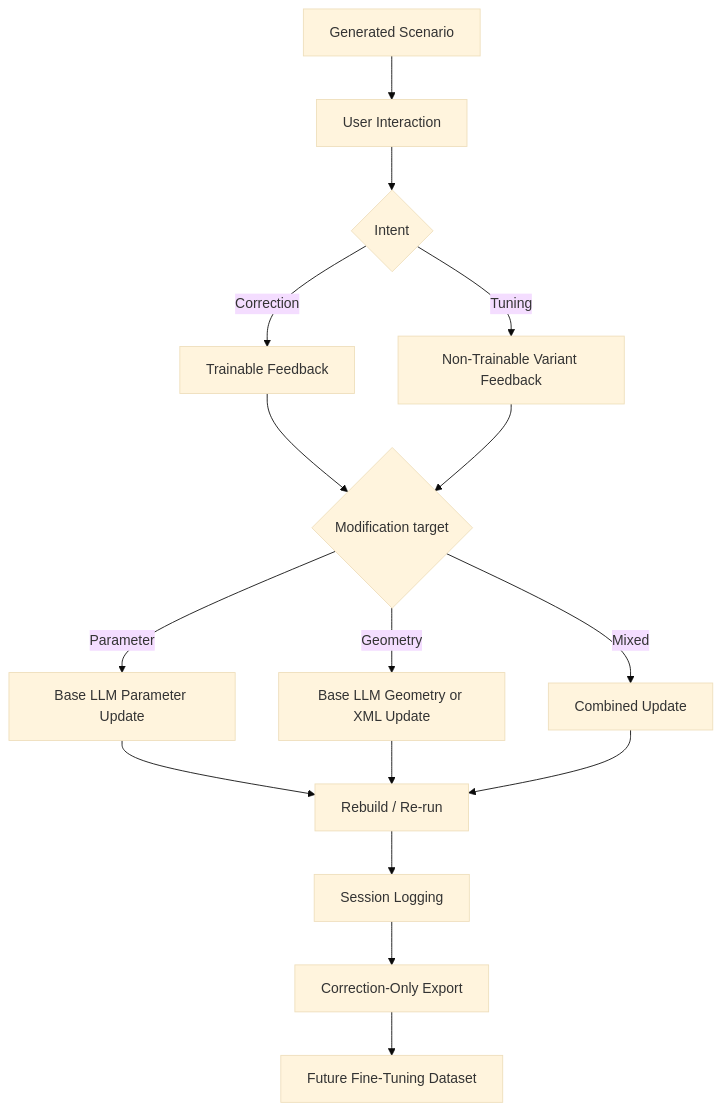
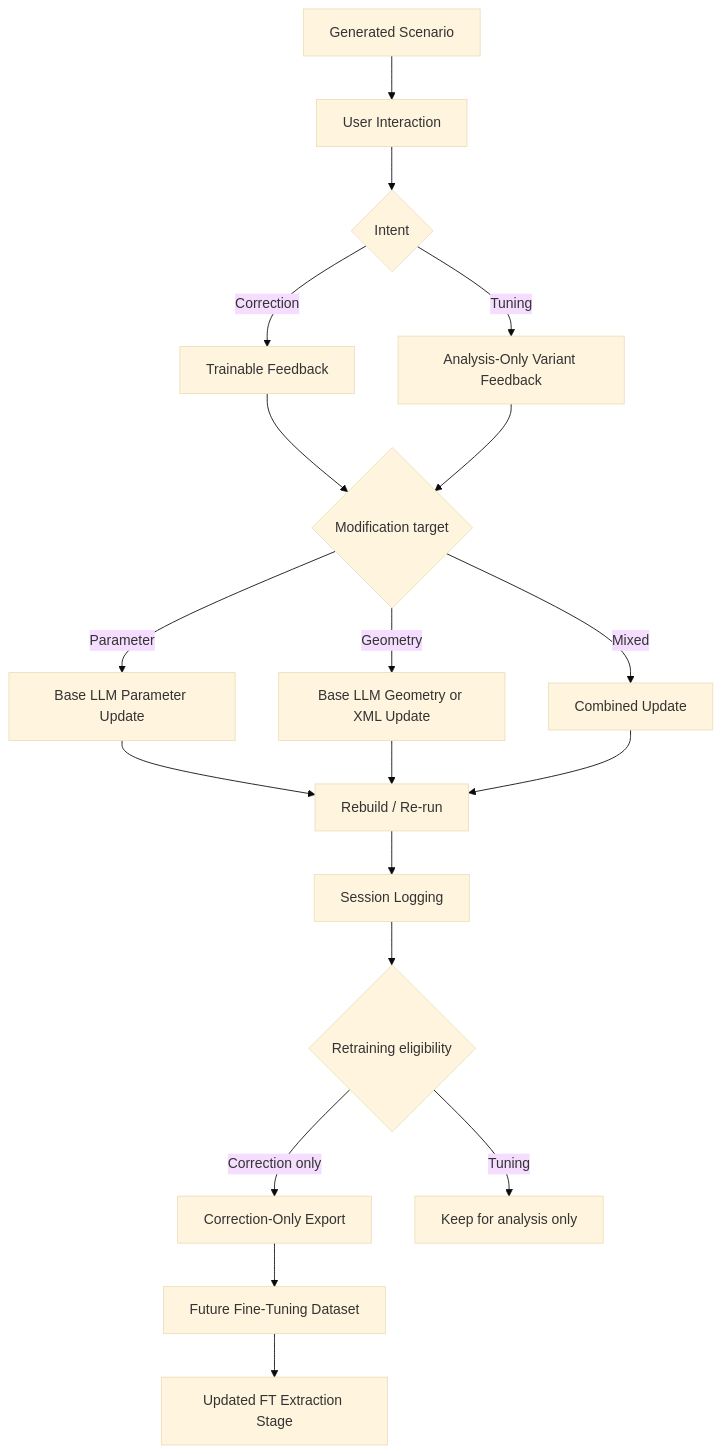
The second of 2 diagrams in README.md (sewon-p/sumo-traffic-agent), drawn with Mermaid (base theme) before and after one commit. The commit also changed other lines of this file, not shown here.

````diff
--- a/README.md
+++ b/README.md
@@ -61,20 +59,23 @@
 ```mermaid
 flowchart TD
     A[Generated Scenario] --> B[User Interaction]
     B --> C{Intent}
     C -- Correction --> D[Trainable Feedback]
-    C -- Tuning --> E[Non-Trainable Variant Feedback]
+    C -- Tuning --> E[Analysis-Only Variant Feedback]
 
     D --> F{Modification target}
     E --> F
     F -- Parameter --> G[Base LLM Parameter Update]
     F -- Geometry --> H[Base LLM Geometry or XML Update]
     F -- Mixed --> I[Combined Update]
 
     G --> J[Rebuild / Re-run]
     H --> J
     I --> J
     J --> K[Session Logging]
-    K --> L[Correction-Only Export]
-    L --> M[Future Fine-Tuning Dataset]
+    K --> L{Retraining eligibility}
+    L -- Correction only --> M[Correction-Only Export]
+    L -- Tuning --> N[Keep for analysis only]
+    M --> O[Future Fine-Tuning Dataset]
+    O --> P[Updated FT Extraction Stage]
 ```
````
